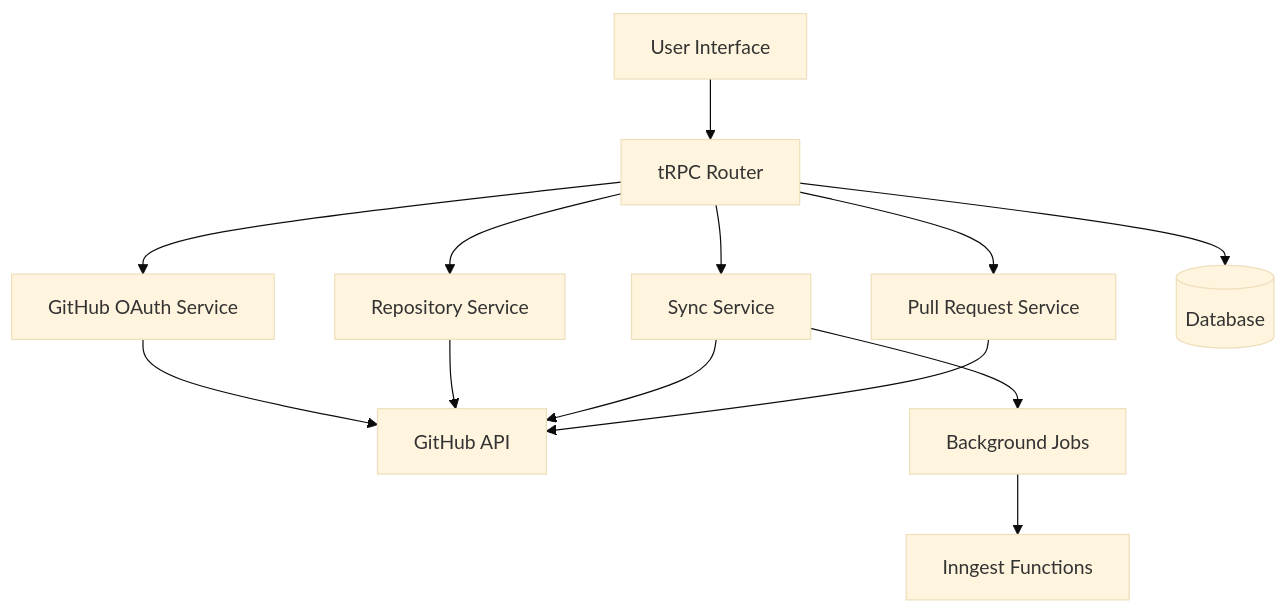
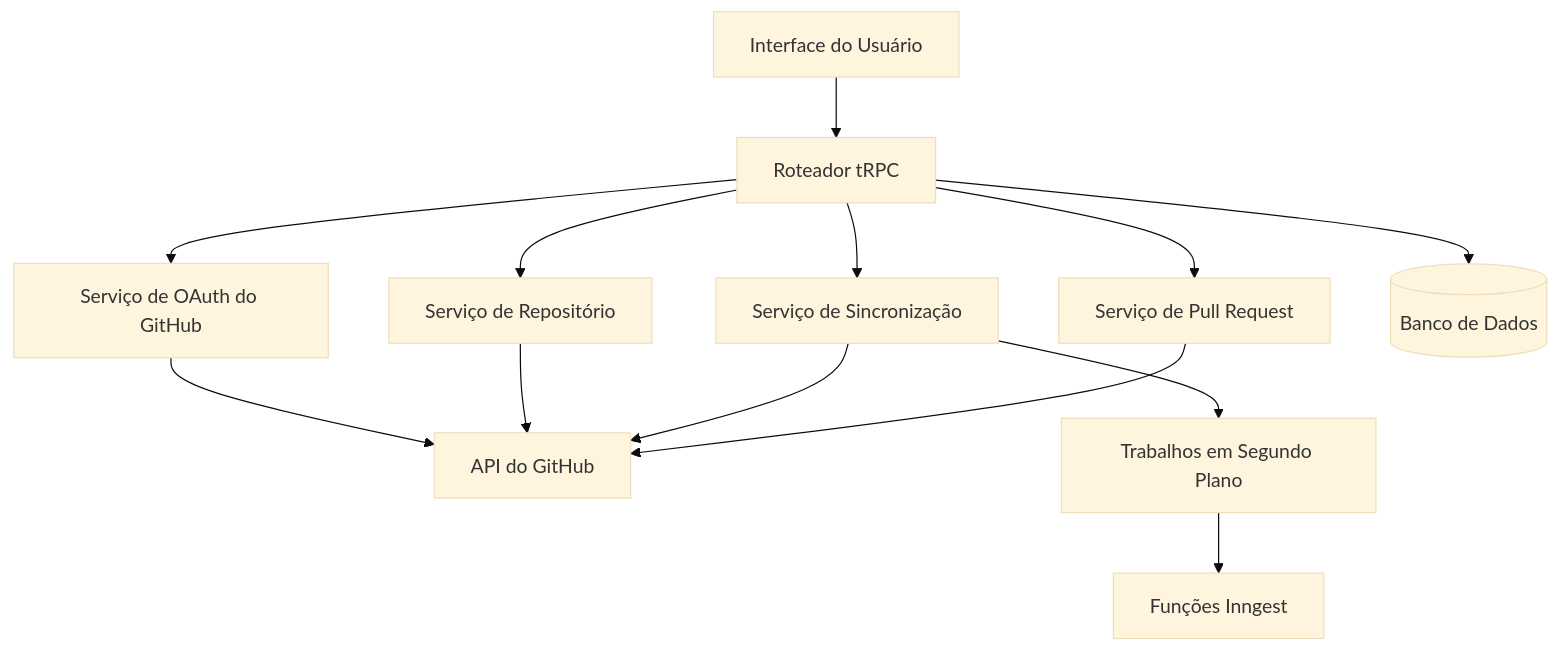
Before and after one commit to gumiranda/crazynator: the diagram in specs/github-integration/design.md, drawn with Mermaid (base theme). The commit also changed other lines of this file and 9 other files, not shown here.

````diff
--- a/specs/github-integration/design.md
+++ b/specs/github-integration/design.md
@@ -11,17 +11,17 @@
 ```mermaid
 graph TB
-    UI[User Interface] --> tRPC[tRPC Router]
-    tRPC --> Auth[GitHub OAuth Service]
-    tRPC --> Repo[Repository Service]
-    tRPC --> Sync[Sync Service]
-    tRPC --> PR[Pull Request Service]
+    UI[Interface do Usuário] --> tRPC[Roteador tRPC]
+    tRPC --> Auth[Serviço de OAuth do GitHub]
+    tRPC --> Repo[Serviço de Repositório]
+    tRPC --> Sync[Serviço de Sincronização]
+    tRPC --> PR[Serviço de Pull Request]
 
-    Auth --> GitHub[GitHub API]
+    Auth --> GitHub[API do GitHub]
     Repo --> GitHub
     Sync --> GitHub
     PR --> GitHub
 
-    tRPC --> DB[(Database)]
-    Sync --> Queue[Background Jobs]
-    Queue --> Inngest[Inngest Functions]
+    tRPC --> DB[(Banco de Dados)]
+    Sync --> Queue[Trabalhos em Segundo Plano]
+    Queue --> Inngest[Funções Inngest]
 ```
````
